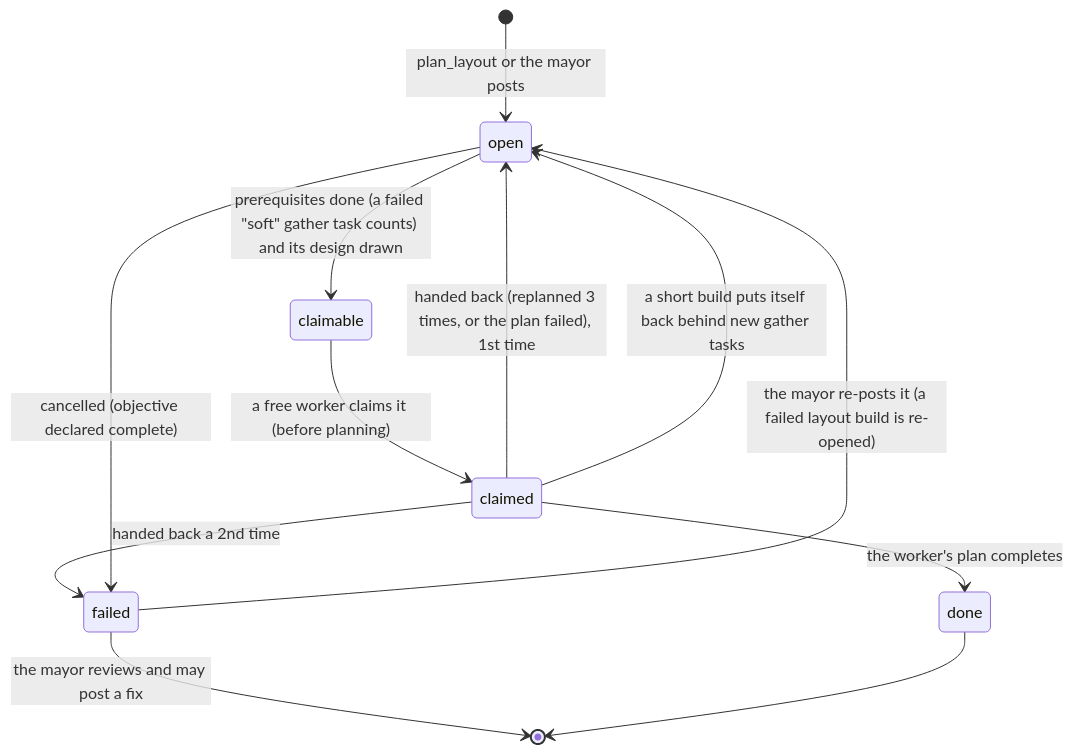
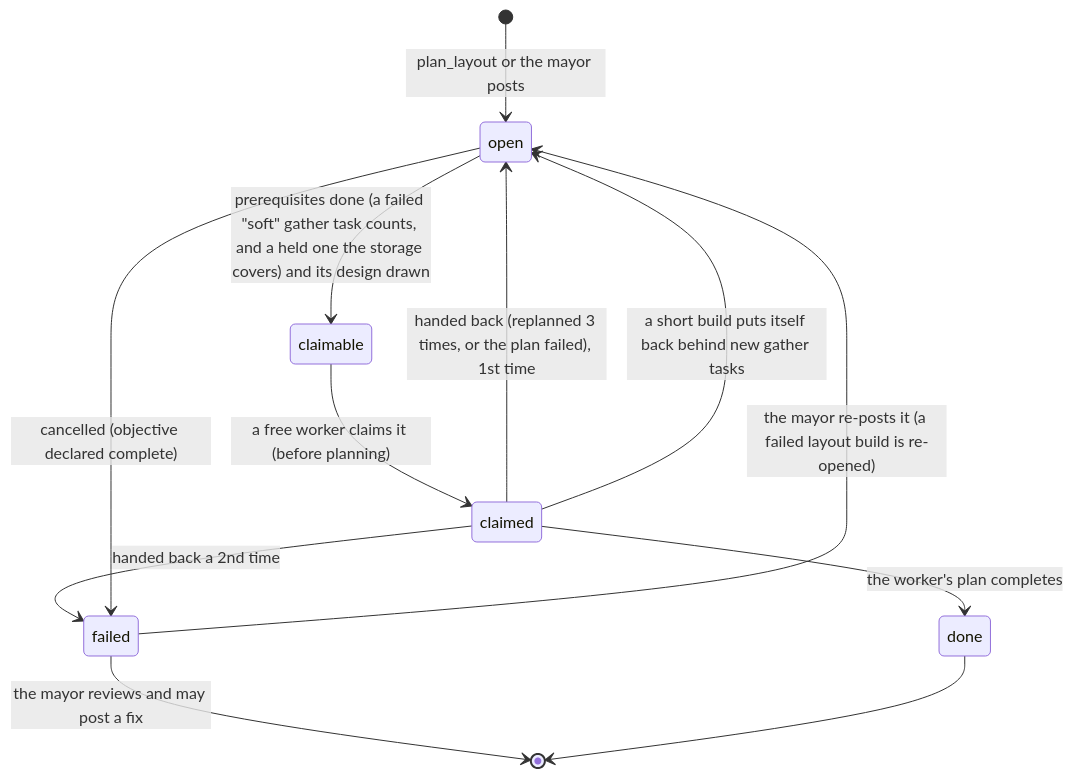
Before and after one commit to delphium226/MCAISandbox: the sixth of 13 diagrams in docs/ARCHITECTURE.md, drawn with Mermaid. The commit also changed other lines of this file and 3 other files, not shown here.

````diff
--- a/docs/ARCHITECTURE.md
+++ b/docs/ARCHITECTURE.md
@@ -307,14 +315,14 @@
 ```mermaid
 stateDiagram-v2
   [*] --> open: plan_layout or the mayor posts
-  open --> claimable: prerequisites done (a failed "soft" gather task counts) and its design drawn
+  open --> claimable: prerequisites done (a failed "soft" gather task counts, and a held one the storage covers) and its design drawn
   claimable --> claimed: a free worker claims it (before planning)
   claimed --> done: the worker's plan completes
   claimed --> open: handed back (replanned 3 times, or the plan failed), 1st time
   claimed --> failed: handed back a 2nd time
   open --> failed: cancelled (objective declared complete)
   failed --> open: the mayor re-posts it (a failed layout build is re-opened)
   failed --> [*]: the mayor reviews and may post a fix
   claimed --> open: a short build puts itself back behind new gather tasks
   done --> [*]
 ```
````
